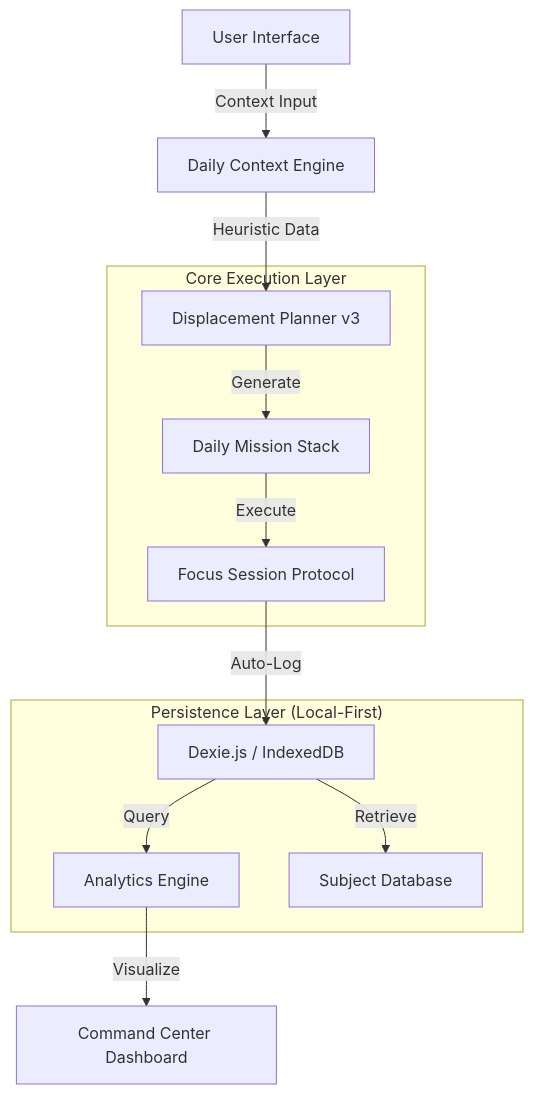
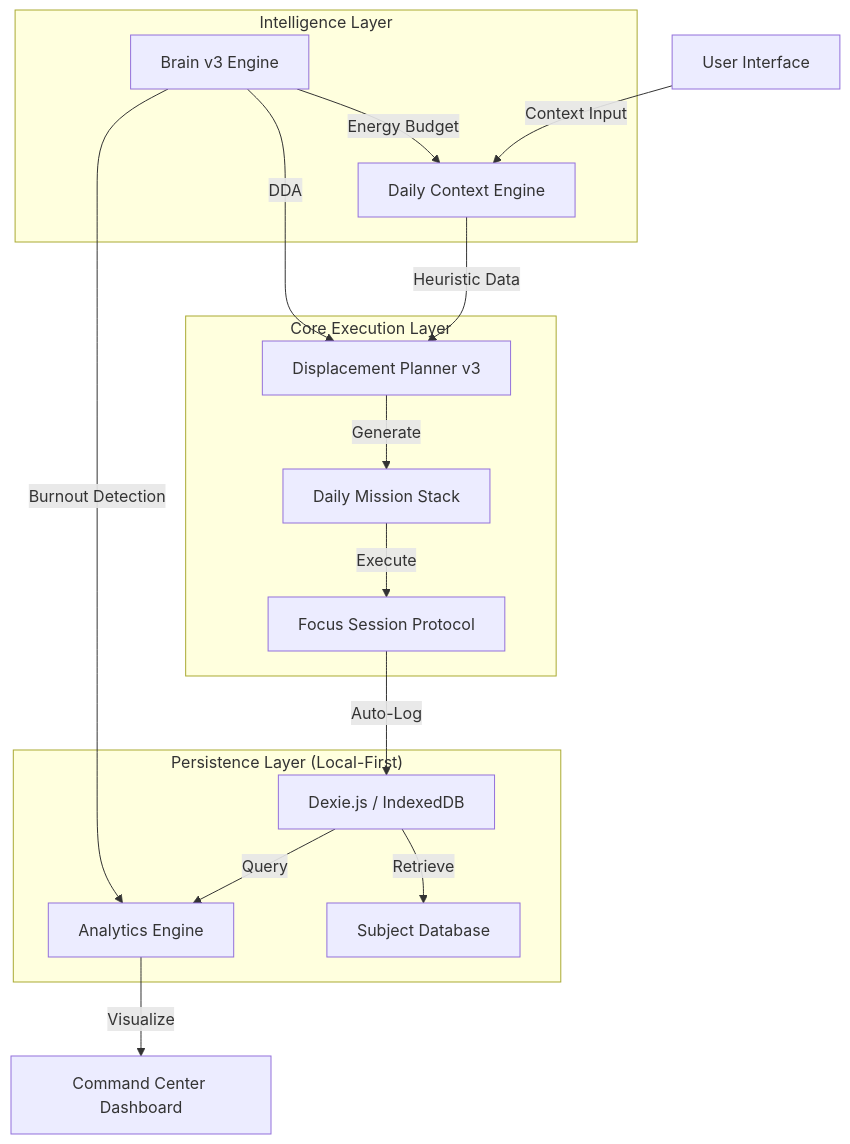
One commit to santoshcheethiralame-dot/ORBIT changed the diagram in README.md. Above: the diagram before and after it, drawn with Mermaid. The commit also changed other lines of this file and 4 other files, not shown here.

````diff
--- a/README.md
+++ b/README.md
@@ -28,18 +146,24 @@
 ```mermaid
 graph TD
     User[User Interface] -->|Context Input| Engine[Daily Context Engine]
     Engine -->|Heuristic Data| Planner[Displacement Planner v3]
     
     subgraph "Core Execution Layer"
         Planner -->|Generate| Missions[Daily Mission Stack]
         Missions -->|Execute| Focus[Focus Session Protocol]
     end
 
     subgraph "Persistence Layer (Local-First)"
         Focus -->|Auto-Log| Dexie[Dexie.js / IndexedDB]
         Dexie -->|Query| Stats[Analytics Engine]
         Dexie -->|Retrieve| Subjects[Subject Database]
     end
 
     Stats -->|Visualize| UI[Command Center Dashboard]
+    
+    subgraph "Intelligence Layer"
+        Brain[Brain v3 Engine] -->|DDA| Planner
+        Brain -->|Energy Budget| Engine
+        Brain -->|Burnout Detection| Stats
+    end
 ```
````
